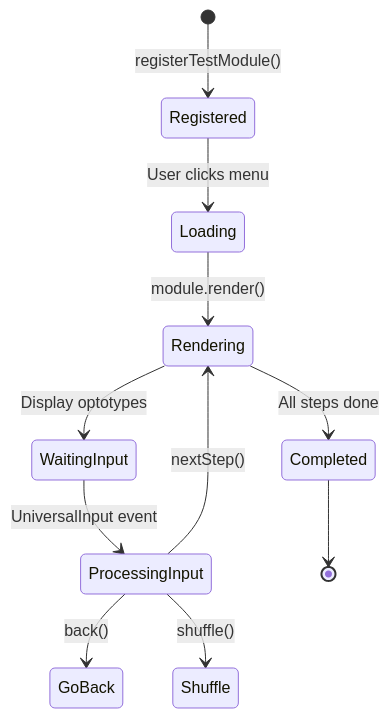
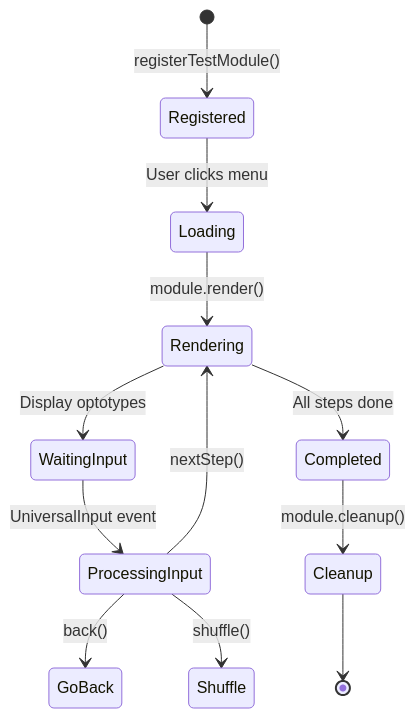
The third of 4 diagrams in PLAN.md (drthe92/vneyechart), drawn with Mermaid before and after one commit. The commit also changed other lines of this file and 8 other files, not shown here.

````diff
--- a/PLAN.md
+++ b/PLAN.md
@@ -564,13 +605,14 @@
 ```mermaid
 stateDiagram-v2
     [*] --> Registered: registerTestModule()
     Registered --> Loading: User clicks menu
     Loading --> Rendering: module.render()
     Rendering --> WaitingInput: Display optotypes
     WaitingInput --> ProcessingInput: UniversalInput event
     ProcessingInput --> Rendering: nextStep()
     ProcessingInput --> GoBack: back()
     ProcessingInput --> Shuffle: shuffle()
     Rendering --> Completed: All steps done
-    Completed --> [*]
+    Completed --> Cleanup: module.cleanup()
+    Cleanup --> [*]
 ```
````
